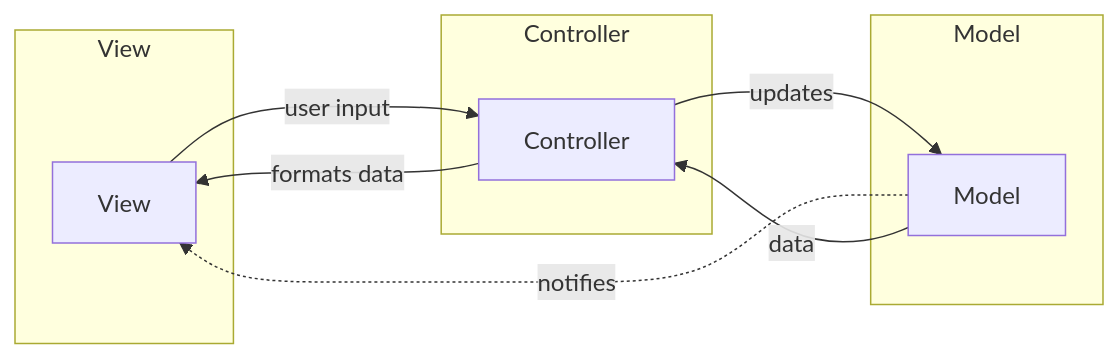
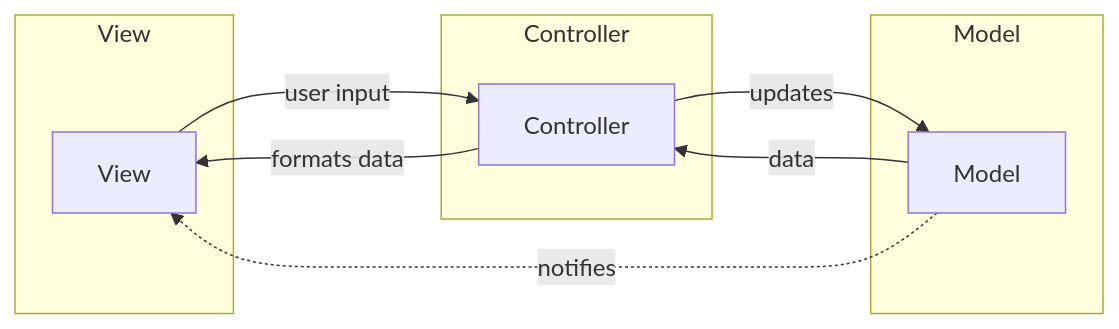
One commit to FAZuH/quartz changed the diagram in content/3 Reference/mvc-(model-view-controller)_202604091518.md. Above: the diagram before and after it, drawn with Mermaid. The commit also changed other lines of this file and 59 other files, not shown here.

````diff
--- a/content/3 Reference/mvc-(model-view-controller)_202604091518.md
+++ b/content/3 Reference/mvc-(model-view-controller)_202604091518.md
@@ -21,18 +21,18 @@
 ```mermaid
 flowchart LR
     subgraph View
         V[View]
     end
     subgraph Controller
         C[Controller]
     end
     subgraph Model
         M[Model]
     end
     
     V -->|user input| C
     C -->|updates| M
+    M -->|data| C
     M -.->|notifies| V
-    M -->|data| C
     C -->|formats data| V
 ```
````
